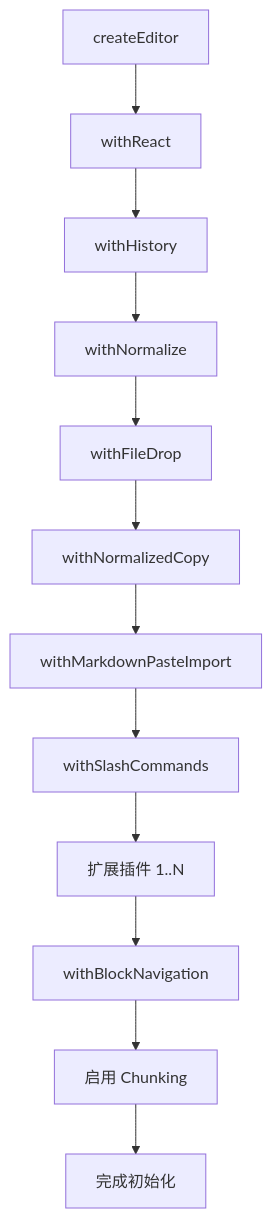
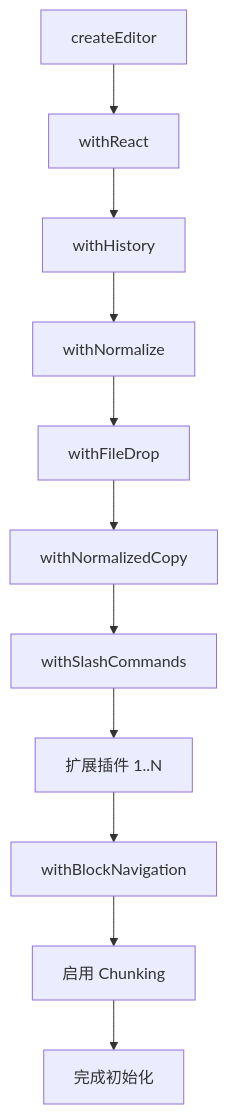
One commit to LastKnightCoder/editor changed the first of 2 diagrams in docs/editor/02-核心架构.md. Above: the diagram before and after it, drawn with Mermaid. The commit also changed other lines of this file and 209 other files, not shown here.

````diff
--- a/docs/editor/02-核心架构.md
+++ b/docs/editor/02-核心架构.md
@@ -117,14 +110,13 @@
 ```mermaid
 graph TD
     A[createEditor] --> B[withReact]
     B --> C[withHistory]
     C --> D[withNormalize]
     D --> E[withFileDrop]
     E --> F[withNormalizedCopy]
-    F --> G[withMarkdownPasteImport]
-    G --> H[withSlashCommands]
-    H --> I[扩展插件 1..N]
-    I --> J[withBlockNavigation]
-    J --> K[启用 Chunking]
-    K --> L[完成初始化]
+    F --> G[withSlashCommands]
+    G --> H[扩展插件 1..N]
+    H --> I[withBlockNavigation]
+    I --> J[启用 Chunking]
+    J --> K[完成初始化]
 ```
````
